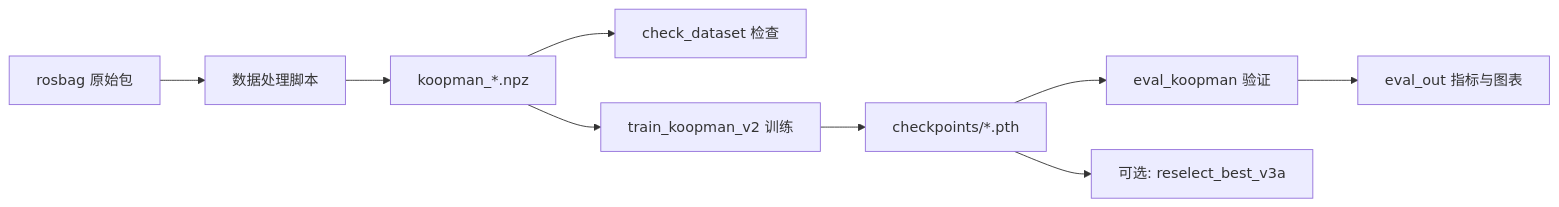
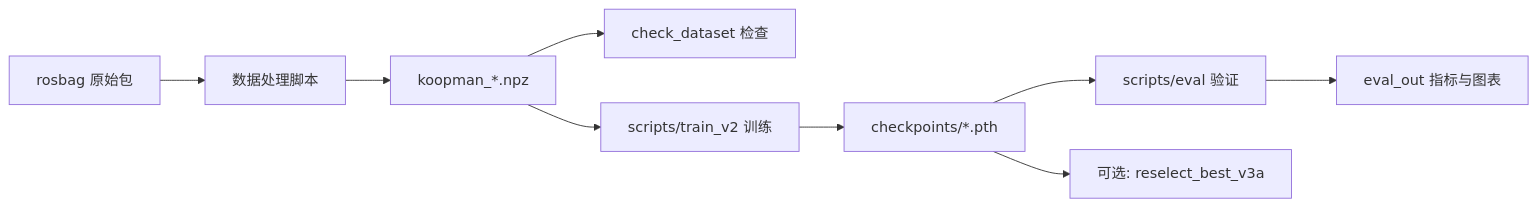
Before and after one commit to jimaka/koopman_control: the diagram in docs/项目指南.md, drawn with Mermaid. The commit also changed other lines of this file and 3 other files, not shown here.

````diff
--- a/docs/项目指南.md
+++ b/docs/项目指南.md
@@ -148,11 +152,11 @@
 ```mermaid
 flowchart LR
     A[rosbag 原始包] --> B[数据处理脚本]
     B --> C[koopman_*.npz]
     C --> D[check_dataset 检查]
-    C --> E[train_koopman_v2 训练]
+    C --> E[scripts/train_v2 训练]
     E --> F[checkpoints/*.pth]
-    F --> G[eval_koopman 验证]
+    F --> G[scripts/eval 验证]
     G --> H[eval_out 指标与图表]
     F --> I[可选: reselect_best_v3a]
 ```
````
